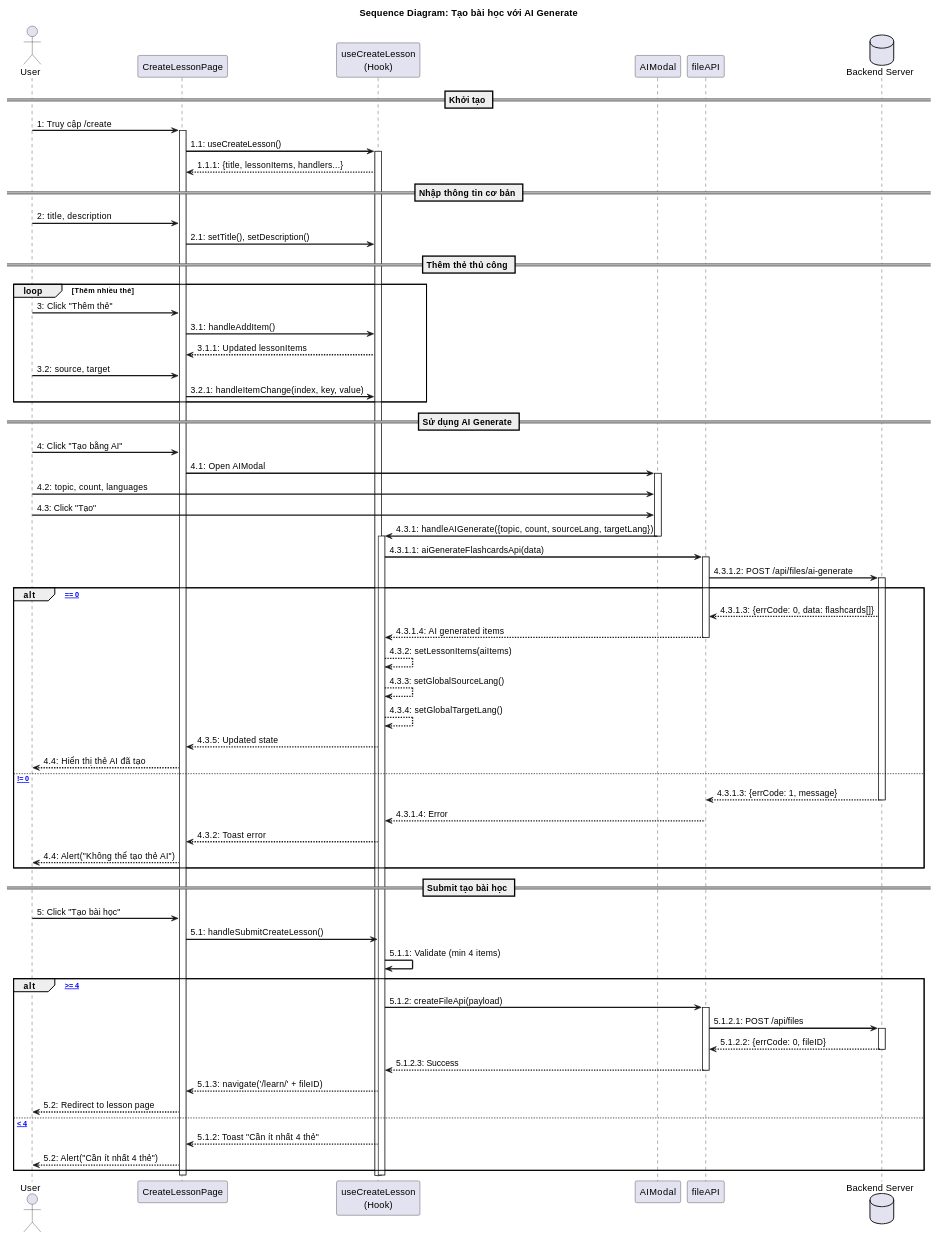
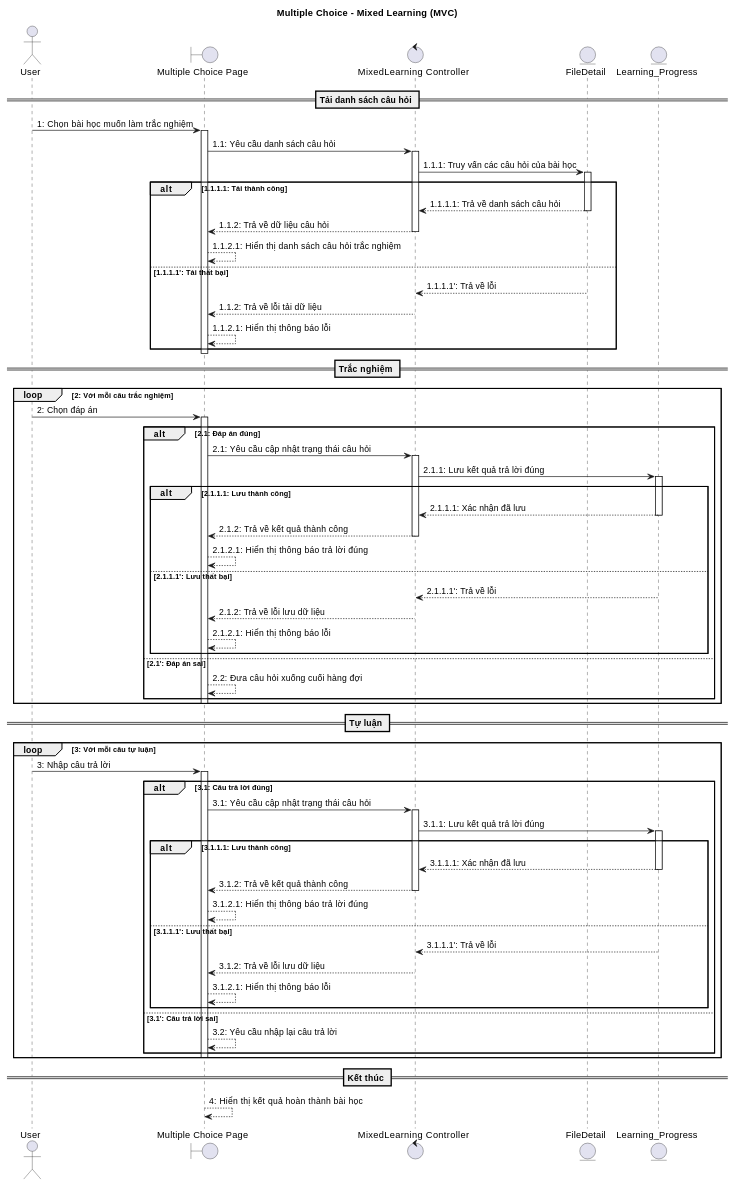
Before and after one commit to quangnguyen11111111/LearnFast: the fourth of 9 diagrams in readmeSequence.md, drawn with PlantUML. The commit also changed other lines of this file and 25 other files, not shown here.

````diff
--- a/readmeSequence.md
+++ b/readmeSequence.md
@@ -441,101 +372,94 @@
 ```plantuml
 @startuml
-skinparam sequenceArrowThickness 2
+title Multiple Choice - Mixed Learning (MVC)
+actor "User" as User
+boundary "Multiple Choice Page" as View
+control "MixedLearning Controller" as Controller
+entity "FileDetail" as MFileDetail
+entity "Learning_Progress" as MLProgress
 
-title Sequence Diagram: Tạo bài học với AI Generate
+== Tải danh sách câu hỏi ==
+User -> View: 1: Chọn bài học muốn làm trắc nghiệm
+activate View
+View -> Controller: 1.1: Yêu cầu danh sách câu hỏi
+activate Controller
+Controller -> MFileDetail: 1.1.1: Truy vấn các câu hỏi của bài học
+activate MFileDetail
 
-actor User
-participant "CreateLessonPage" as Page
-participant "useCreateLesson\n(Hook)" as Hook
-participant "AIModal" as Modal
-participant "fileAPI" as API
-database "Backend Server" as Server
+alt 1.1.1.1: Tải thành công
+    MFileDetail --> Controller: 1.1.1.1: Trả về danh sách câu hỏi
+    deactivate MFileDetail
+    Controller --> View: 1.1.2: Trả về dữ liệu câu hỏi
+    deactivate Controller
+    View --> View: 1.1.2.1: Hiển thị danh sách câu hỏi trắc nghiệm
+else 1.1.1.1': Tải thất bại
+    MFileDetail --> Controller: 1.1.1.1': Trả về lỗi
+    deactivate MFileDetail
+    Controller --> View: 1.1.2: Trả về lỗi tải dữ liệu
+    deactivate Controller
+    View --> View: 1.1.2.1: Hiển thị thông báo lỗi
+end
+deactivate View
 
-== Khởi tạo ==
-User -> Page: 1: Truy cập /create
-activate Page
-Page -> Hook: 1.1: useCreateLesson()
-activate Hook
-Hook --> Page: 1.1.1: {title, lessonItems, handlers...}
+== Trắc nghiệm ==
+loop 2: Với mỗi câu trắc nghiệm
+    User -> View: 2: Chọn đáp án
+    activate View
+    alt 2.1: Đáp án đúng
+        View -> Controller: 2.1: Yêu cầu cập nhật trạng thái câu hỏi
+        activate Controller
+        Controller -> MLProgress: 2.1.1: Lưu kết quả trả lời đúng
+        activate MLProgress
 
-== Nhập thông tin cơ bản ==
-User -> Page: 2: title, description
-Page -> Hook: 2.1: setTitle(), setDescription()
-
-== Thêm thẻ thủ công ==
-loop Thêm nhiều thẻ
-    User -> Page: 3: Click "Thêm thẻ"
-    Page -> Hook: 3.1: handleAddItem()
-    Hook --> Page: 3.1.1: Updated lessonItems
-
-    User -> Page: 3.2: source, target
-    Page -> Hook: 3.2.1: handleItemChange(index, key, value)
+        alt 2.1.1.1: Lưu thành công
+            MLProgress --> Controller: 2.1.1.1: Xác nhận đã lưu
+            deactivate MLProgress
+            Controller --> View: 2.1.2: Trả về kết quả thành công
+            deactivate Controller
+            View --> View: 2.1.2.1: Hiển thị thông báo trả lời đúng
+        else 2.1.1.1': Lưu thất bại
+            MLProgress --> Controller: 2.1.1.1': Trả về lỗi
+            deactivate MLProgress
+            Controller --> View: 2.1.2: Trả về lỗi lưu dữ liệu
+            deactivate Controller
+            View --> View: 2.1.2.1: Hiển thị thông báo lỗi
+        end
+    else 2.1': Đáp án sai
+        View --> View: 2.2: Đưa câu hỏi xuống cuối hàng đợi
+    end
+    deactivate View
 end
 
-== Sử dụng AI Generate ==
-User -> Page: 4: Click "Tạo bằng AI"
-Page -> Modal: 4.1: Open AIModal
-activate Modal
+== Tự luận ==
+loop 3: Với mỗi câu tự luận
+    User -> View: 3: Nhập câu trả lời
+    activate View
+    alt 3.1: Câu trả lời đúng
+        View -> Controller: 3.1: Yêu cầu cập nhật trạng thái câu hỏi
+        activate Controller
+        Controller -> MLProgress: 3.1.1: Lưu kết quả trả lời đúng
+        activate MLProgress
 
-User -> Modal: 4.2: topic, count, languages
-User -> Modal: 4.3: Click "Tạo"
-
-Modal -> Hook: 4.3.1: handleAIGenerate({topic, count, sourceLang, targetLang})
-deactivate Modal
-activate Hook
-
-Hook -> API: 4.3.1.1: aiGenerateFlashcardsApi(data)
-activate API
-
-API -> Server: 4.3.1.2: POST /api/files/ai-generate
-activate Server
-
-alt [errCode == 0]
-    Server --> API: 4.3.1.3: {errCode: 0, data: flashcards[]}
-    API --> Hook: 4.3.1.4: AI generated items
-    deactivate API
-
-    Hook --> Hook: 4.3.2: setLessonItems(aiItems)
-    Hook --> Hook: 4.3.3: setGlobalSourceLang()
-    Hook --> Hook: 4.3.4: setGlobalTargetLang()
-    Hook --> Page: 4.3.5: Updated state
-    Page --> User: 4.4: Hiển thị thẻ AI đã tạo
-
-else [errCode != 0]
-    Server --> API: 4.3.1.3: {errCode: 1, message}
-    deactivate Server
-    API --> Hook: 4.3.1.4: Error
-    Hook --> Page: 4.3.2: Toast error
-    Page --> User: 4.4: Alert("Không thể tạo thẻ AI")
+        alt 3.1.1.1: Lưu thành công
+            MLProgress --> Controller: 3.1.1.1: Xác nhận đã lưu
+            deactivate MLProgress
+            Controller --> View: 3.1.2: Trả về kết quả thành công
+            deactivate Controller
+            View --> View: 3.1.2.1: Hiển thị thông báo trả lời đúng
+        else 3.1.1.1': Lưu thất bại
+            MLProgress --> Controller: 3.1.1.1': Trả về lỗi
+            deactivate MLProgress
+            Controller --> View: 3.1.2: Trả về lỗi lưu dữ liệu
+            deactivate Controller
+            View --> View: 3.1.2.1: Hiển thị thông báo lỗi
+        end
+    else 3.1': Câu trả lời sai
+        View --> View: 3.2: Yêu cầu nhập lại câu trả lời
+    end
+    deactivate View
 end
 
-== Submit tạo bài học ==
-User -> Page: 5: Click "Tạo bài học"
-Page -> Hook: 5.1: handleSubmitCreateLesson()
-
-Hook -> Hook: 5.1.1: Validate (min 4 items)
-
-alt [lessonItems.length >= 4]
-    Hook -> API: 5.1.2: createFileApi(payload)
-    activate API
-
-    API -> Server: 5.1.2.1: POST /api/files
-    activate Server
-    Server --> API: 5.1.2.2: {errCode: 0, fileID}
-    deactivate Server
-    API --> Hook: 5.1.2.3: Success
-    deactivate API
-
-    Hook --> Page: 5.1.3: navigate('/learn/' + fileID)
-    Page --> User: 5.2: Redirect to lesson page
-
-else [lessonItems.length < 4]
-    Hook --> Page: 5.1.2: Toast "Cần ít nhất 4 thẻ"
-    Page --> User: 5.2: Alert("Cần ít nhất 4 thẻ")
-end
-
-deactivate Hook
-deactivate Page
-
+== Kết thúc ==
+View --> View: 4: Hiển thị kết quả hoàn thành bài học
 @enduml
 ```
````
